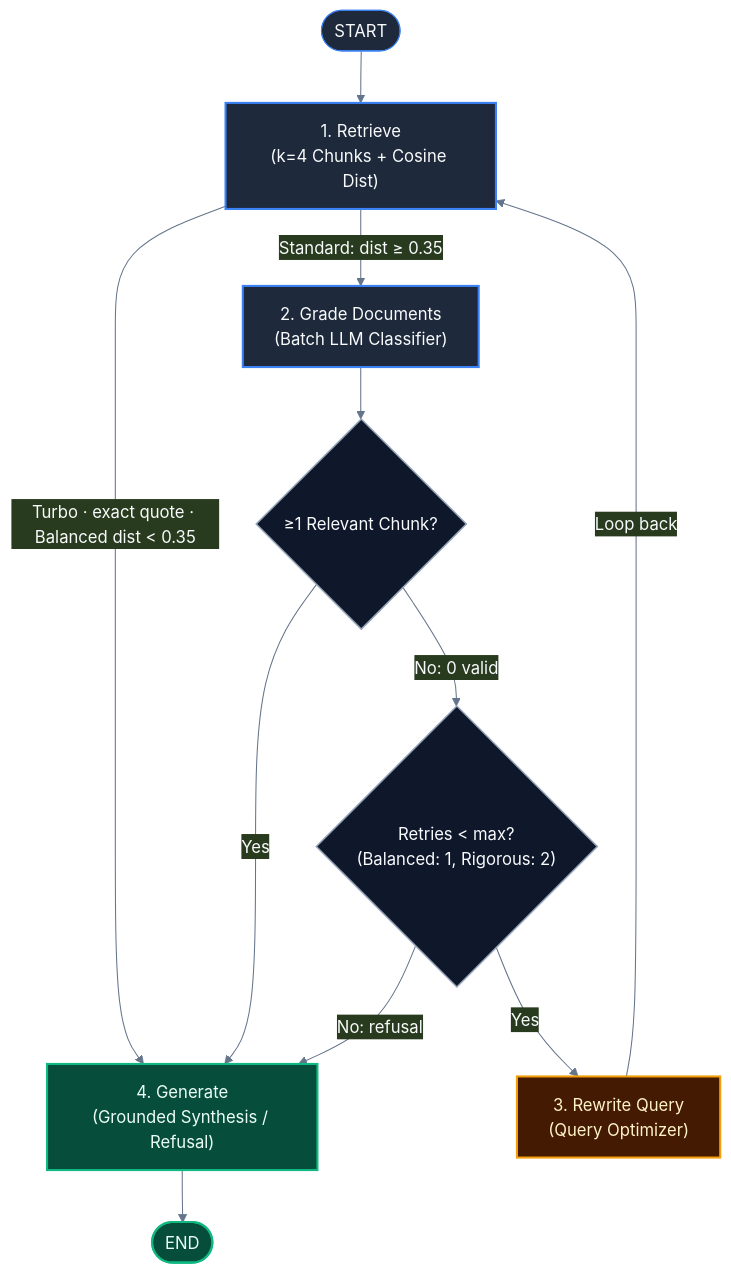
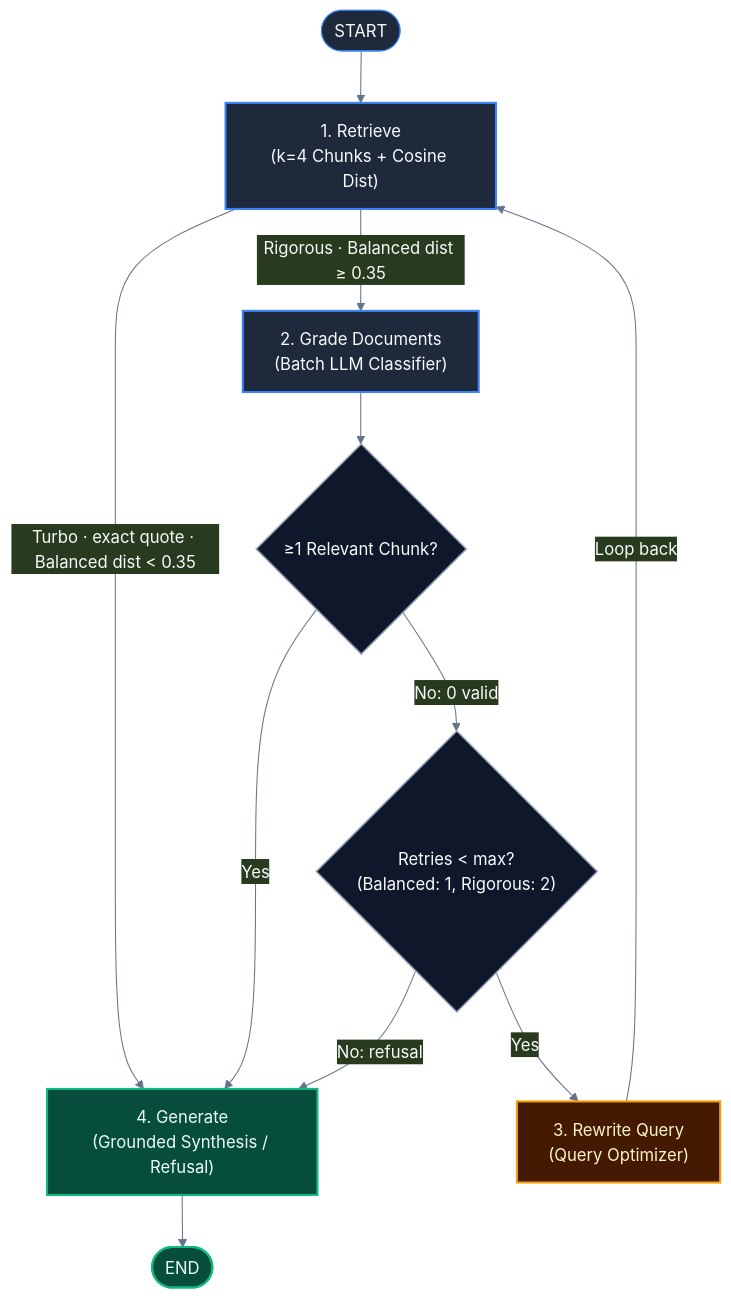
One commit to nmhiremath/PodSeek changed the diagram in docs/design/orchestration-and-control-flow.md. Above: the diagram before and after it, drawn with Mermaid. The commit also changed 8 other files, not shown here.

````diff
--- a/docs/design/orchestration-and-control-flow.md
+++ b/docs/design/orchestration-and-control-flow.md
@@ -9,35 +9,35 @@
 ```mermaid
 ---
 config:
   theme: base
   themeVariables:
     fontFamily: "Inter, ui-sans-serif, system-ui"
     primaryColor: "#1E293B"
     primaryTextColor: "#F8FAFC"
     primaryBorderColor: "#3B82F6"
     lineColor: "#64748B"
 ---
 flowchart TD
     classDef agent fill:#1E293B,stroke:#3B82F6,stroke-width:2px,color:#F8FAFC
     classDef fastpath fill:#0F172A,stroke:#38BDF8,stroke-width:2px,stroke-dasharray: 4 4,color:#38BDF8
     classDef rewrite fill:#451A03,stroke:#F59E0B,stroke-width:2px,color:#FEF3C7
     classDef success fill:#064E3B,stroke:#10B981,stroke-width:2px,color:#ECFDF5
     classDef router fill:#0F172A,stroke:#94A3B8,stroke-width:1.5px,color:#F8FAFC
 
     START([START]) --> retrieve["1. Retrieve<br/>(k=4 Chunks + Cosine Dist)"]:::agent
 
     retrieve -->|Turbo · exact quote · Balanced dist < 0.35| generate["4. Generate<br/>(Grounded Synthesis / Refusal)"]:::success
-    retrieve -->|Standard: dist ≥ 0.35| grade["2. Grade Documents<br/>(Batch LLM Classifier)"]:::agent
+    retrieve -->|Rigorous · Balanced dist ≥ 0.35| grade["2. Grade Documents<br/>(Batch LLM Classifier)"]:::agent
 
     grade --> checkValid{"≥1 Relevant Chunk?"}:::router
 
     checkValid -->|Yes| generate
     checkValid -->|No: 0 valid| checkRetries{"Retries < max?<br/>(Balanced: 1, Rigorous: 2)"}:::router
 
     checkRetries -->|Yes| rewrite["3. Rewrite Query<br/>(Query Optimizer)"]:::rewrite
     rewrite -->|Loop back| retrieve
 
     checkRetries -->|No: refusal| generate
 
     generate --> END_OK([END]):::success
 ```
````
